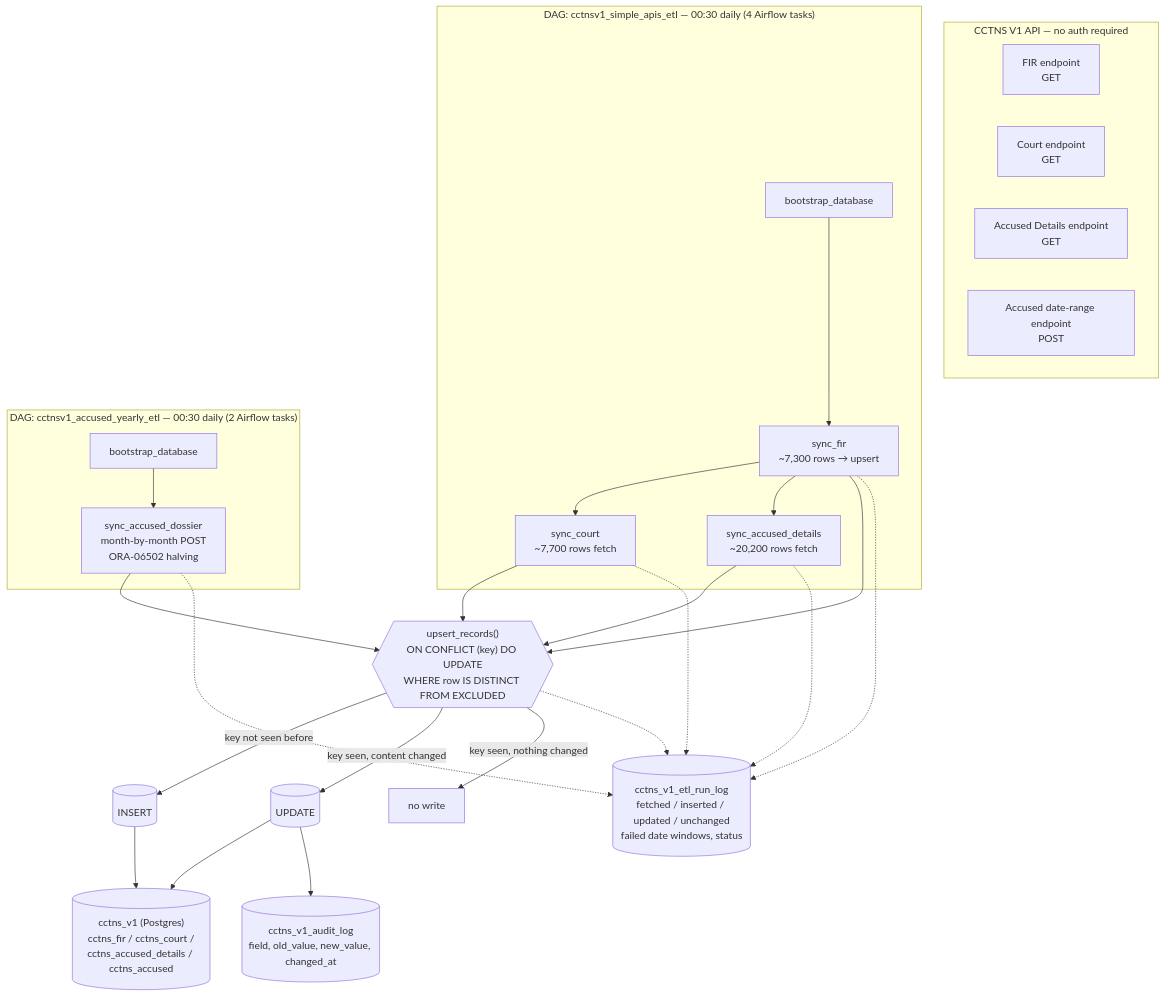
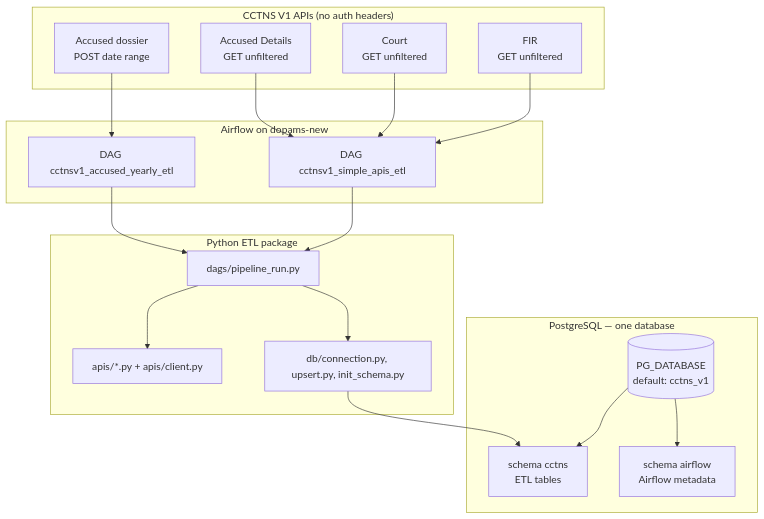
Before and after one commit to ashish-ratna-bcss/DOPAMS-ETL: the second of 7 diagrams in cctns-v1/CCTNSV1_DAILY_ETL_RUN/pipeline.md, drawn with Mermaid. The commit also changed other lines of this file and 10 other files, not shown here.

First line of the commit message:
Add staged ETL pipeline with validate, logging, and docs.

````diff
--- a/cctns-v1/CCTNSV1_DAILY_ETL_RUN/pipeline.md
+++ b/cctns-v1/CCTNSV1_DAILY_ETL_RUN/pipeline.md
@@ -5,40 +54,35 @@
 ```mermaid
 flowchart TB
-    subgraph SRC["CCTNS V1 API — no auth required"]
-        FIR["FIR endpoint\nGET"]
-        COURT["Court endpoint\nGET"]
-        AD["Accused Details endpoint\nGET"]
-        ACC["Accused date-range endpoint\nPOST"]
+    subgraph APIs["CCTNS V1 APIs (no auth headers)"]
+        A1["FIR\nGET unfiltered"]
+        A2["Court\nGET unfiltered"]
+        A3["Accused Details\nGET unfiltered"]
+        A4["Accused dossier\nPOST date range"]
     end
 
-    subgraph DAG1["DAG: cctnsv1_simple_apis_etl — 00:30 daily (4 Airflow tasks)"]
-        BOOT1["bootstrap_database"] --> E1["sync_fir\n~7,300 rows → upsert"]
-        E1 --> E2["sync_court\n~7,700 rows fetch"]
-        E1 --> E3["sync_accused_details\n~20,200 rows fetch"]
+    subgraph Airflow["Airflow on dopams-new"]
+        D1["DAG cctnsv1_simple_apis_etl"]
+        D2["DAG cctnsv1_accused_yearly_etl"]
     end
 
-    subgraph DAG2["DAG: cctnsv1_accused_yearly_etl — 00:30 daily (2 Airflow tasks)"]
-        BOOT2["bootstrap_database"] --> E4["sync_accused_dossier\nmonth-by-month POST\nORA-06502 halving"]
+    subgraph Code["Python ETL package"]
+        APIS["apis/*.py + apis/client.py"]
+        PIPE["dags/pipeline_run.py"]
+        DBL["db/connection.py, upsert.py, init_schema.py"]
     end
 
-    E1 --> L
-    E2 --> L
-    E3 --> L
-    E4 --> L
+    subgraph Postgres["PostgreSQL — one database"]
+        DB[("PG_DATABASE\ndefault: cctns_v1")]
+        S1["schema cctns\nETL tables"]
+        S2["schema airflow\nAirflow metadata"]
+        DB --> S1
+        DB --> S2
+    end
 
-    L{{"upsert_records()\nON CONFLICT (key) DO UPDATE\nWHERE row IS DISTINCT FROM EXCLUDED"}}
-
-    L -->|"key not seen before"| INS[("INSERT")]
-    L -->|"key seen, content changed"| UPD[("UPDATE")]
-    L -->|"key seen, nothing changed"| SKIP["no write"]
-
-    INS --> DB[("cctns_v1 (Postgres)\ncctns_fir / cctns_court /\ncctns_accused_details / cctns_accused")]
-    UPD --> DB
-    UPD --> AUDIT[("cctns_v1_audit_log\nfield, old_value, new_value, changed_at")]
-
-    E1 -.-> RUNLOG
-    E2 -.-> RUNLOG
-    E3 -.-> RUNLOG
-    E4 -.-> RUNLOG
-    L -.-> RUNLOG[("cctns_v1_etl_run_log\nfetched / inserted / updated / unchanged\nfailed date windows, status")]
+    A1 & A2 & A3 --> D1
+    A4 --> D2
+    D1 & D2 --> PIPE
+    PIPE --> APIS
+    PIPE --> DBL
+    DBL --> S1
 ```
````
